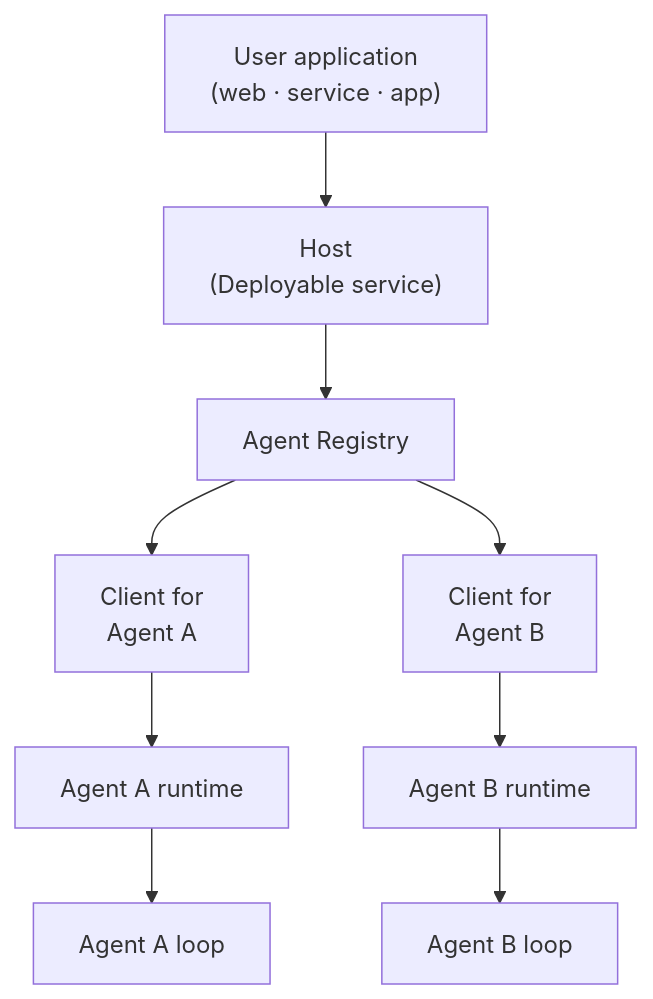
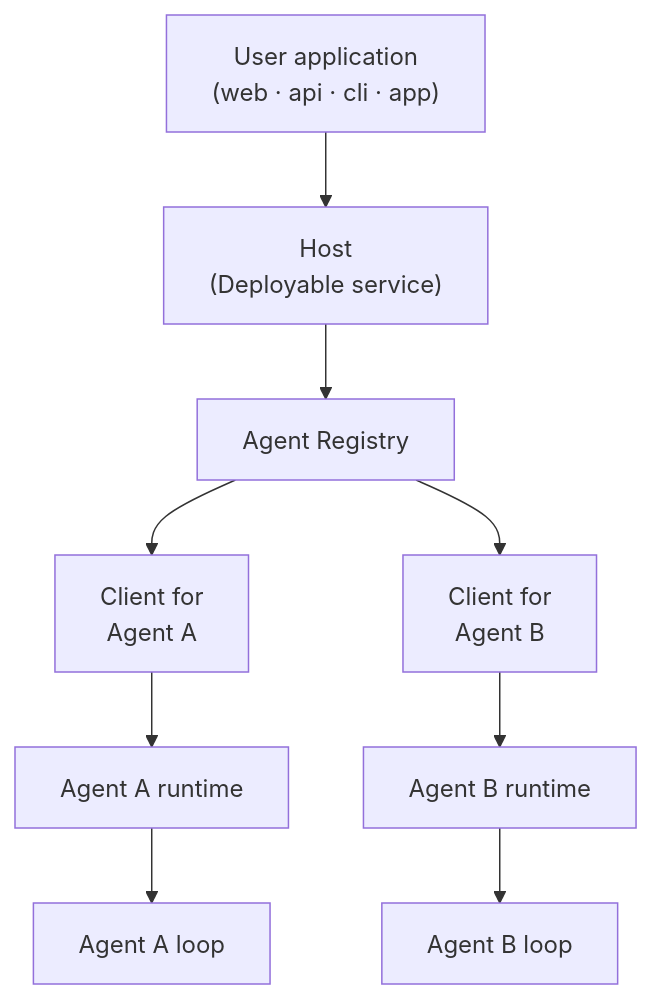
One commit to imsid/mashpy changed the diagram in docs/posts/product-brief.md. Above: the diagram before and after it, drawn with Mermaid. The commit also changed other lines of this file and 18 other files, not shown here.

First line of the commit message:
Rewrite posts in a flatter voice and add a Host API and CLI post

````diff
--- a/docs/posts/product-brief.md
+++ b/docs/posts/product-brief.md
@@ -43,11 +40,11 @@
 ```mermaid
 flowchart TD
-    U["User application<br/>(web · service · app)"] --> H["Host<br/>(Deployable service)"]
+    U["User application<br/>(web · api · cli · app)"] --> H["Host<br/>(Deployable service)"]
     H --> R["Agent Registry"]
     R --> C1["Client for <br/>Agent A"]
     R --> C2["Client for <br/>Agent B"]
     C1 --> A1["Agent A runtime"]
     C2 --> A2["Agent B runtime"]
     A1 --> E1["Agent A loop"]
     A2 --> E2["Agent B loop"]
 ```
````
